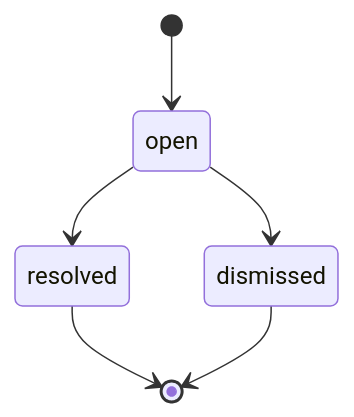
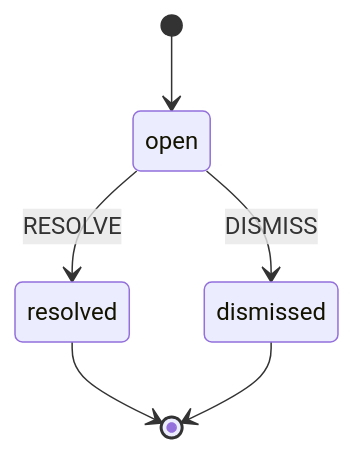
Diagram 12 of 51 in docs/contributing/state-machines.md (kody-hq/kody), drawn with Mermaid before and after one commit. The commit also changed other lines of this file and 129 other files, not shown here.

````diff
--- a/docs/contributing/state-machines.md
+++ b/docs/contributing/state-machines.md
@@ -375,8 +387,8 @@
 ```mermaid
 stateDiagram-v2
     [*] --> open
-    open --> resolved
-    open --> dismissed
+    open --> resolved: RESOLVE
+    open --> dismissed: DISMISS
     resolved --> [*]
     dismissed --> [*]
 ```
````
